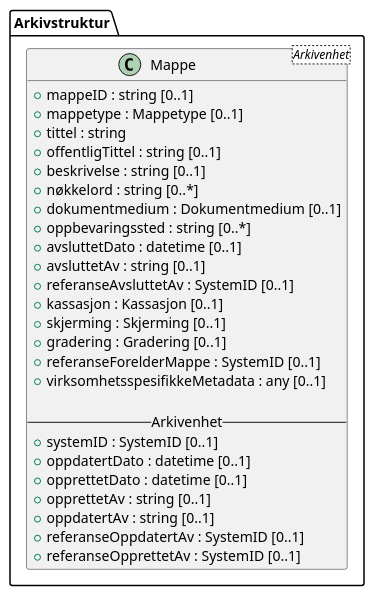
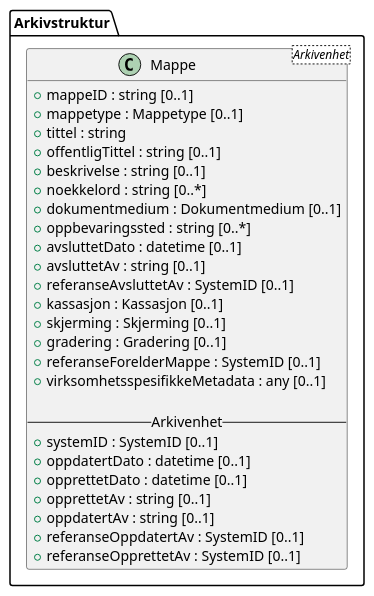
One commit to arkivverket/noark5-tjenestegrensesnitt-standard changed the diagram in kapitler/media/uml-class-mappe-all.iuml. Above: the diagram before and after it, drawn with PlantUML. The commit also changed 1 other file, not shown here.

Commit message:
Replace ø with oe in last two UML diagrams.

```diff
--- a/kapitler/media/uml-class-mappe-all.iuml
+++ b/kapitler/media/uml-class-mappe-all.iuml
@@ -1,29 +1,29 @@
 @startuml
 class Arkivstruktur.Mappe <Arkivenhet> {
   +mappeID : string [0..1]
   +mappetype : Mappetype [0..1]
   +tittel : string
   +offentligTittel : string [0..1]
   +beskrivelse : string [0..1]
-  +nøkkelord : string [0..*]
+  +noekkelord : string [0..*]
   +dokumentmedium : Dokumentmedium [0..1]
   +oppbevaringssted : string [0..*]
   +avsluttetDato : datetime [0..1]
   +avsluttetAv : string [0..1]
   +referanseAvsluttetAv : SystemID [0..1]
   +kassasjon : Kassasjon [0..1]
   +skjerming : Skjerming [0..1]
   +gradering : Gradering [0..1]
   +referanseForelderMappe : SystemID [0..1]
   +virksomhetsspesifikkeMetadata : any [0..1]
 
   --Arkivenhet--
   +systemID : SystemID [0..1]
   +oppdatertDato : datetime [0..1]
   +opprettetDato : datetime [0..1]
   +opprettetAv : string [0..1]
   +oppdatertAv : string [0..1]
   +referanseOppdatertAv : SystemID [0..1]
   +referanseOpprettetAv : SystemID [0..1]
 }
 @enduml
```
